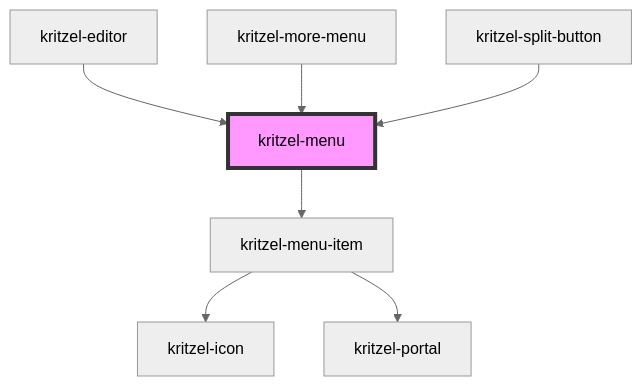
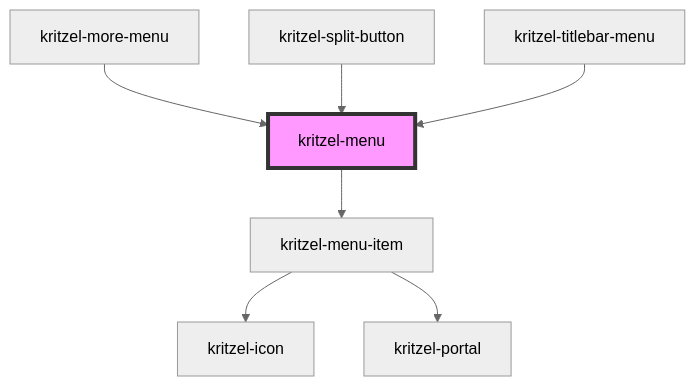
One commit to kasual1/kritzel changed the diagram in libs/editor/core/src/components/kritzel-menu/readme.md. Above: the diagram before and after it, drawn with Mermaid (neutral theme). The commit also changed other lines of this file and 24 other files, not shown here.

Commit message:
#493: Wrap titlebar menu in it's own component

````diff
--- a/libs/editor/core/src/components/kritzel-menu/readme.md
+++ b/libs/editor/core/src/components/kritzel-menu/readme.md
@@ -70,10 +70,10 @@
 ```mermaid
 graph TD;
   kritzel-menu --> kritzel-menu-item
   kritzel-menu-item --> kritzel-icon
   kritzel-menu-item --> kritzel-portal
-  kritzel-editor --> kritzel-menu
   kritzel-more-menu --> kritzel-menu
   kritzel-split-button --> kritzel-menu
+  kritzel-titlebar-menu --> kritzel-menu
   style kritzel-menu fill:#f9f,stroke:#333,stroke-width:4px
 ```
````
